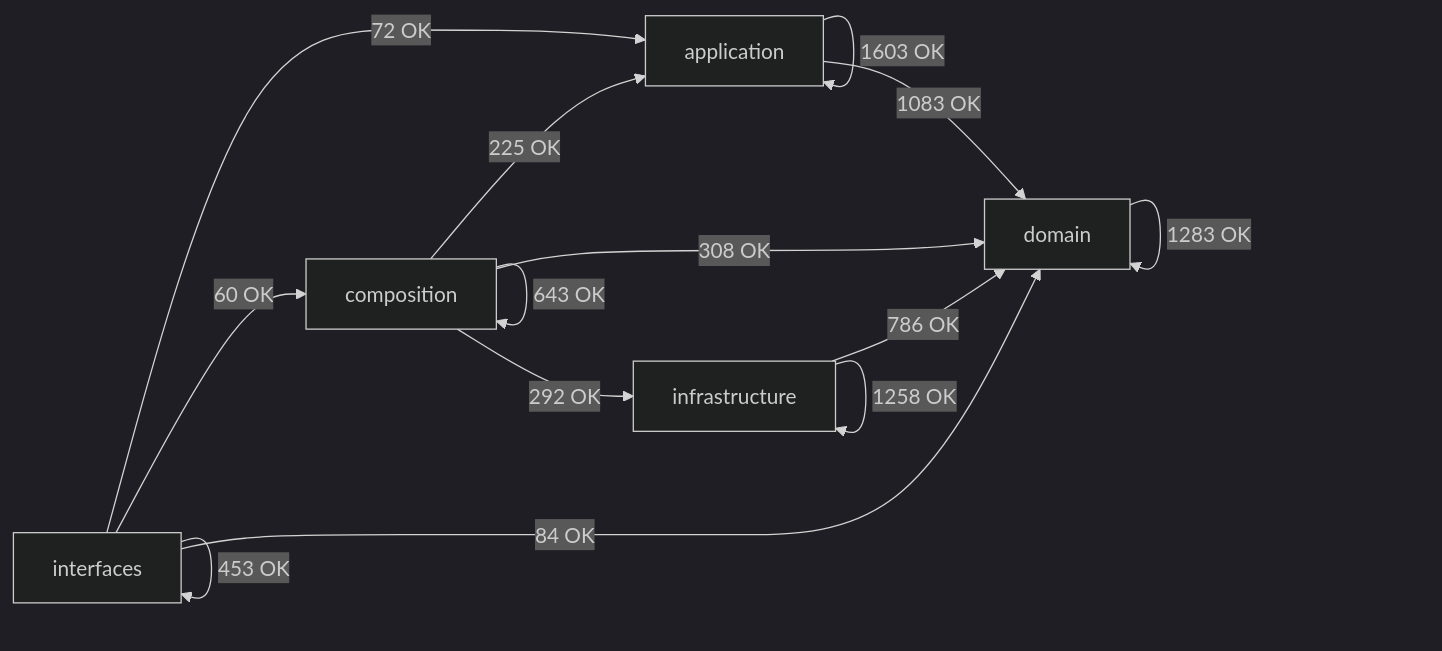
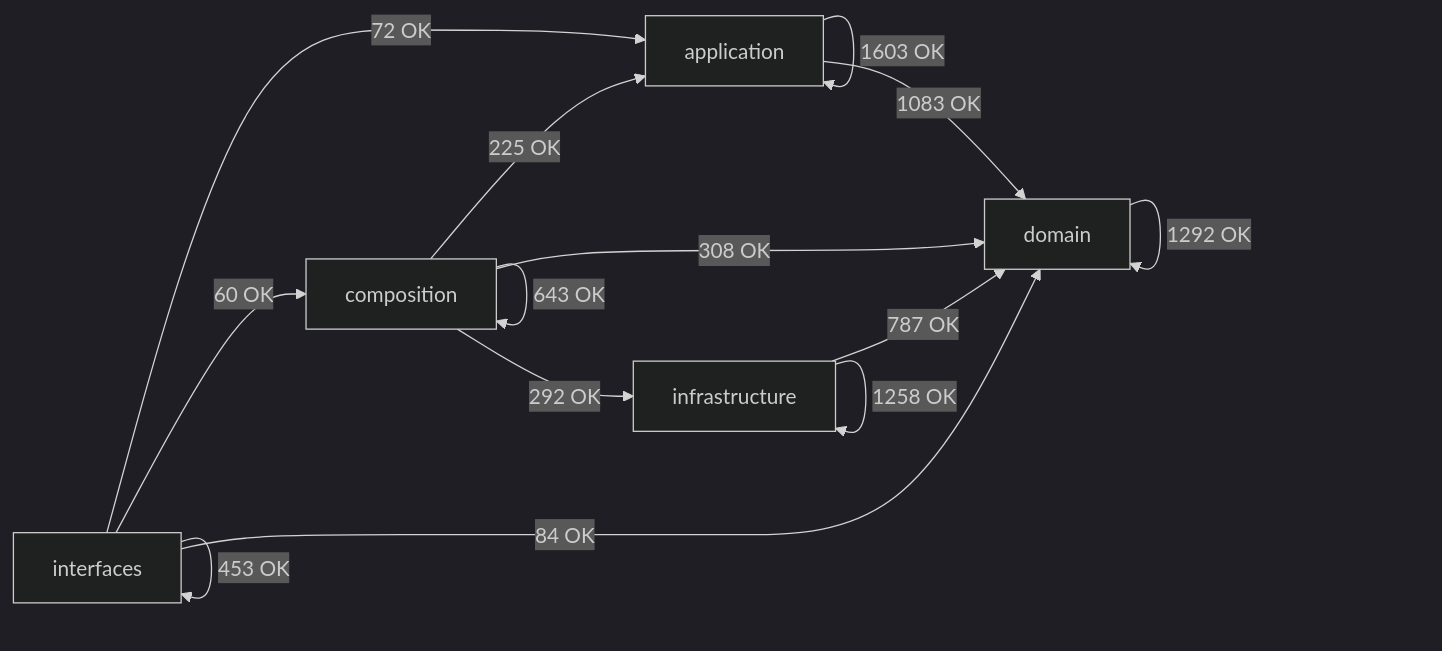
One commit to SatoryKono/BioactivityDataAcquisition changed the diagram in docs/02-architecture/generated/module-dependency-map.md. Above: the diagram before and after it, drawn with Mermaid (dark theme). The commit also changed other lines of this file and 40 other files, not shown here.

````diff
--- a/docs/02-architecture/generated/module-dependency-map.md
+++ b/docs/02-architecture/generated/module-dependency-map.md
@@ -17,21 +17,21 @@
 ```mermaid
 flowchart LR
     domain[domain]
     application[application]
     infrastructure[infrastructure]
     composition[composition]
     interfaces[interfaces]
     application -->|1603 OK| application
     application -->|1083 OK| domain
     composition -->|225 OK| application
     composition -->|643 OK| composition
     composition -->|308 OK| domain
     composition -->|292 OK| infrastructure
-    domain -->|1283 OK| domain
-    infrastructure -->|786 OK| domain
+    domain -->|1292 OK| domain
+    infrastructure -->|787 OK| domain
     infrastructure -->|1258 OK| infrastructure
     interfaces -->|72 OK| application
     interfaces -->|60 OK| composition
     interfaces -->|84 OK| domain
     interfaces -->|453 OK| interfaces
 ```
````
